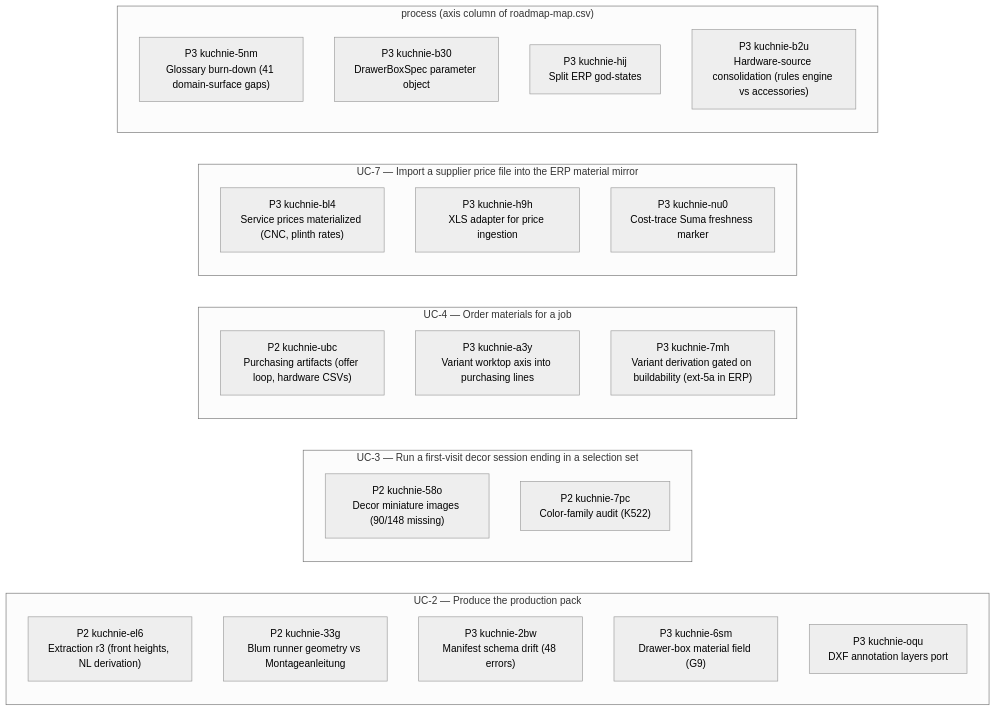
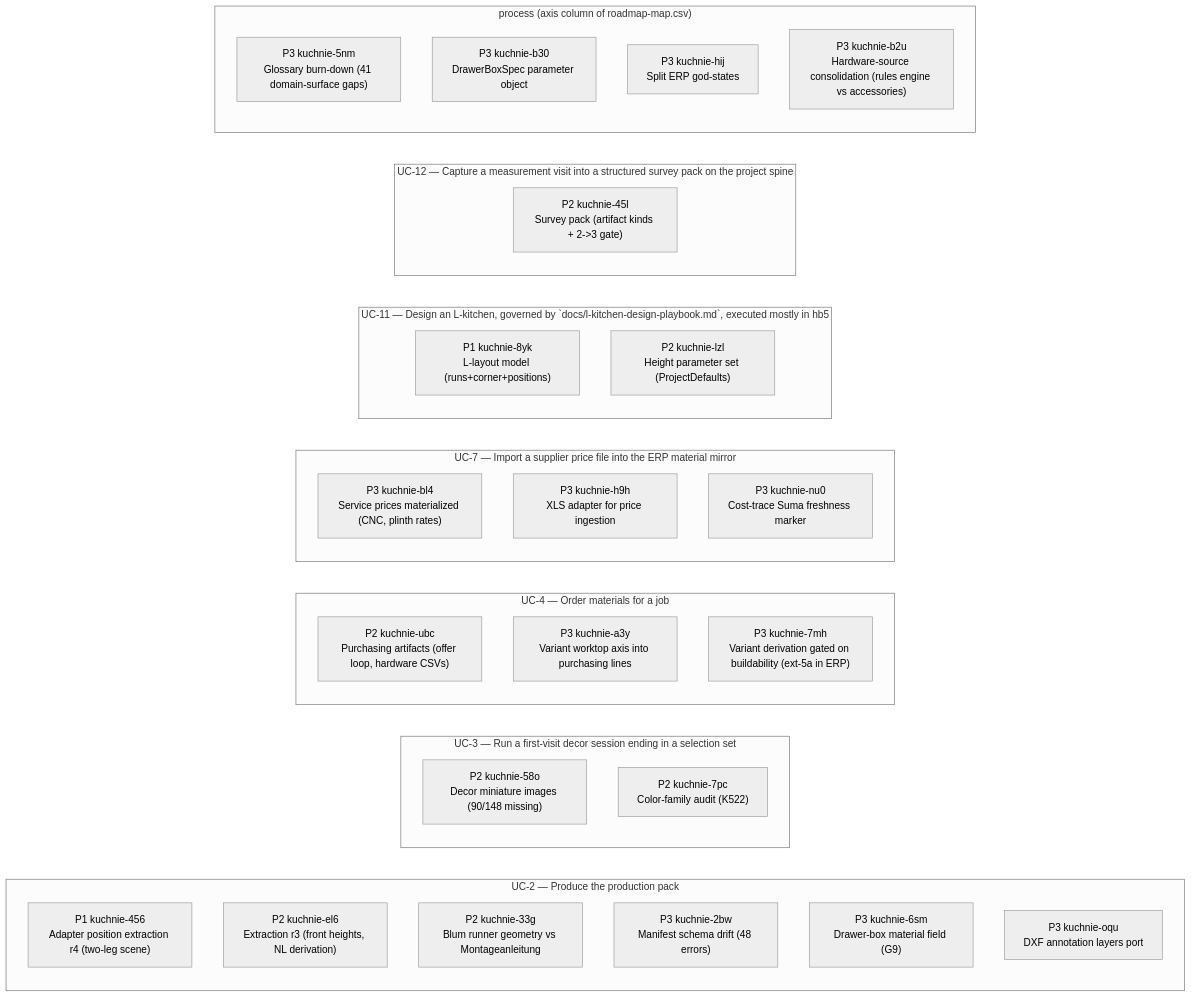
One commit to m1981/kuchnie changed the second of 2 diagrams in STATUS.md. Above: the diagram before and after it, drawn with Mermaid (neutral theme). The commit also changed other lines of this file and 8 other files, not shown here.

First line of the commit message:
stage 1 kickoff: ADR-034/035 (layout rebuilt minimal in core; playbook operating decisions) + four specs from archetype blanks + wk/bd twins on the roadmap

````diff
--- a/STATUS.md
+++ b/STATUS.md
@@ -151,30 +173,38 @@
 ```mermaid
 flowchart LR
     subgraph gUC_2 ["UC-2 — Produce the production pack"]
+        u_kuchnie_456["P1 kuchnie-456<br/>Adapter position extraction r4 (two-leg scene)"]
         u_kuchnie_el6["P2 kuchnie-el6<br/>Extraction r3 (front heights, NL derivation)"]
         u_kuchnie_33g["P2 kuchnie-33g<br/>Blum runner geometry vs Montageanleitung"]
         u_kuchnie_2bw["P3 kuchnie-2bw<br/>Manifest schema drift (48 errors)"]
         u_kuchnie_6sm["P3 kuchnie-6sm<br/>Drawer-box material field (G9)"]
         u_kuchnie_oqu["P3 kuchnie-oqu<br/>DXF annotation layers port"]
     end
     subgraph gUC_3 ["UC-3 — Run a first-visit decor session ending in a selection set"]
         u_kuchnie_58o["P2 kuchnie-58o<br/>Decor miniature images (90/148 missing)"]
         u_kuchnie_7pc["P2 kuchnie-7pc<br/>Color-family audit (K522)"]
     end
     subgraph gUC_4 ["UC-4 — Order materials for a job"]
         u_kuchnie_ubc["P2 kuchnie-ubc<br/>Purchasing artifacts (offer loop, hardware CSVs)"]
         u_kuchnie_a3y["P3 kuchnie-a3y<br/>Variant worktop axis into purchasing lines"]
         u_kuchnie_7mh["P3 kuchnie-7mh<br/>Variant derivation gated on buildability (ext-5a in ERP)"]
     end
     subgraph gUC_7 ["UC-7 — Import a supplier price file into the ERP material mirror"]
         u_kuchnie_bl4["P3 kuchnie-bl4<br/>Service prices materialized (CNC, plinth rates)"]
         u_kuchnie_h9h["P3 kuchnie-h9h<br/>XLS adapter for price ingestion"]
         u_kuchnie_nu0["P3 kuchnie-nu0<br/>Cost-trace Suma freshness marker"]
     end
+    subgraph gUC_11 ["UC-11 — Design an L-kitchen, governed by `docs/l-kitchen-design-playbook.md`, executed mostly in hb5"]
+        u_kuchnie_8yk["P1 kuchnie-8yk<br/>L-layout model (runs+corner+positions)"]
+        u_kuchnie_lzl["P2 kuchnie-lzl<br/>Height parameter set (ProjectDefaults)"]
+    end
+    subgraph gUC_12 ["UC-12 — Capture a measurement visit into a structured survey pack on the project spine"]
+        u_kuchnie_45l["P2 kuchnie-45l<br/>Survey pack (artifact kinds + 2->3 gate)"]
+    end
     subgraph g_none ["process (axis column of roadmap-map.csv)"]
         u_kuchnie_5nm["P3 kuchnie-5nm<br/>Glossary burn-down (41 domain-surface gaps)"]
         u_kuchnie_b30["P3 kuchnie-b30<br/>DrawerBoxSpec parameter object"]
         u_kuchnie_hij["P3 kuchnie-hij<br/>Split ERP god-states"]
         u_kuchnie_b2u["P3 kuchnie-b2u<br/>Hardware-source consolidation (rules engine vs accessories)"]
     end
 ```
````
